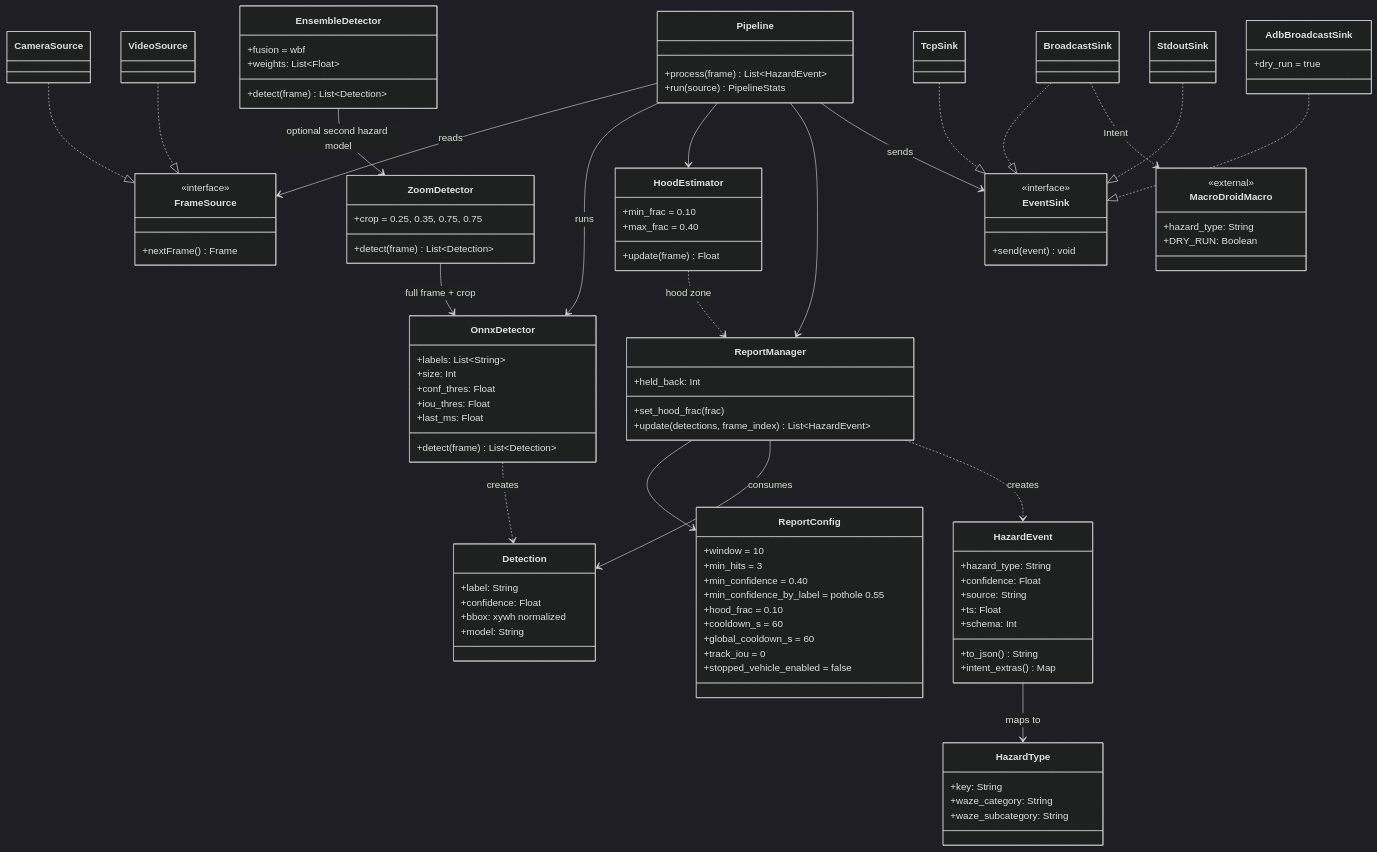
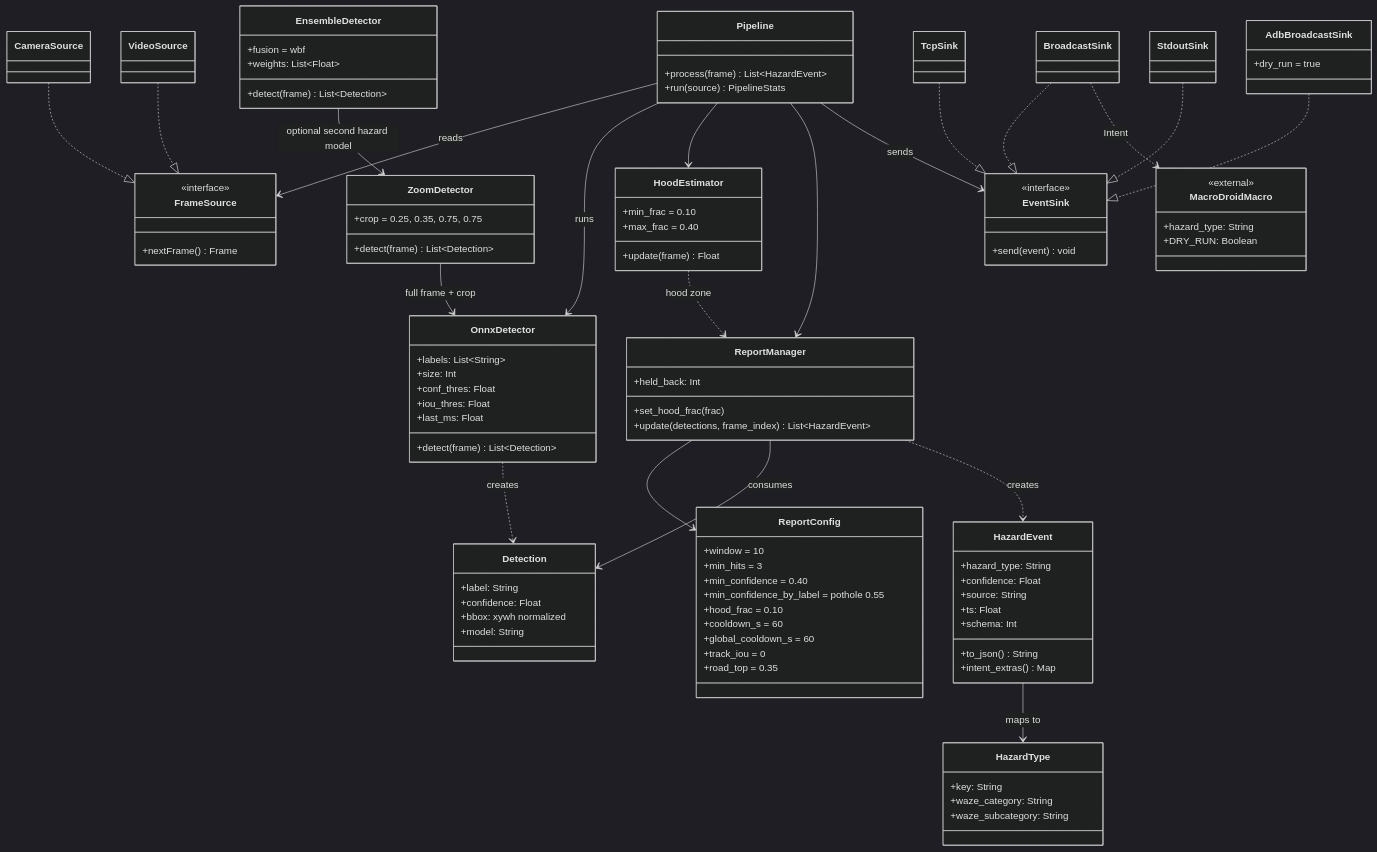
The diagram in docs/diagrams/03_class.mmd (blakepennel/wazeomatic), drawn with Mermaid (dark theme) before and after one commit. The commit also changed 30 other files, not shown here.

```diff
--- a/docs/diagrams/03_class.mmd
+++ b/docs/diagrams/03_class.mmd
@@ -1,107 +1,107 @@
 classDiagram
     direction TB
 
     class FrameSource {
         <<interface>>
         +nextFrame() Frame
     }
     class CameraSource
     class VideoSource
     class OnnxDetector {
         +labels: List~String~
         +size: Int
         +conf_thres: Float
         +iou_thres: Float
         +last_ms: Float
         +detect(frame) List~Detection~
     }
     class ZoomDetector {
         +crop = 0.25, 0.35, 0.75, 0.75
         +detect(frame) List~Detection~
     }
     class EnsembleDetector {
         +fusion = wbf
         +weights: List~Float~
         +detect(frame) List~Detection~
     }
     class HoodEstimator {
         +min_frac = 0.10
         +max_frac = 0.40
         +update(frame) Float
     }
     class Detection {
         +label: String
         +confidence: Float
         +bbox: xywh normalized
         +model: String
     }
     class Pipeline {
         +process(frame) List~HazardEvent~
         +run(source) PipelineStats
     }
     class ReportConfig {
         +window = 10
         +min_hits = 3
         +min_confidence = 0.40
         +min_confidence_by_label = pothole 0.55
         +hood_frac = 0.10
         +cooldown_s = 60
         +global_cooldown_s = 60
         +track_iou = 0
-        +stopped_vehicle_enabled = false
+        +road_top = 0.35
     }
     class ReportManager {
         +held_back: Int
         +set_hood_frac(frac)
         +update(detections, frame_index) List~HazardEvent~
     }
     class HazardType {
         +key: String
         +waze_category: String
         +waze_subcategory: String
     }
     class HazardEvent {
         +hazard_type: String
         +confidence: Float
         +source: String
         +ts: Float
         +schema: Int
         +to_json() String
         +intent_extras() Map
     }
     class EventSink {
         <<interface>>
         +send(event) void
     }
     class BroadcastSink
     class TcpSink
     class StdoutSink
     class AdbBroadcastSink {
         +dry_run = true
     }
     class MacroDroidMacro {
         <<external>>
         +hazard_type: String
         +DRY_RUN: Boolean
     }
 
     CameraSource ..|> FrameSource
     VideoSource ..|> FrameSource
     Pipeline --> FrameSource : reads
     Pipeline --> OnnxDetector : runs
     Pipeline --> HoodEstimator
     Pipeline --> ReportManager
     Pipeline --> EventSink : sends
     ZoomDetector --> OnnxDetector : full frame + crop
     EnsembleDetector --> ZoomDetector : optional second hazard model
     OnnxDetector ..> Detection : creates
     HoodEstimator ..> ReportManager : hood zone
     ReportManager --> ReportConfig
     ReportManager --> Detection : consumes
     ReportManager ..> HazardEvent : creates
     HazardEvent --> HazardType : maps to
     BroadcastSink ..|> EventSink
     TcpSink ..|> EventSink
     StdoutSink ..|> EventSink
     AdbBroadcastSink ..|> EventSink
     BroadcastSink ..> MacroDroidMacro : Intent
```
